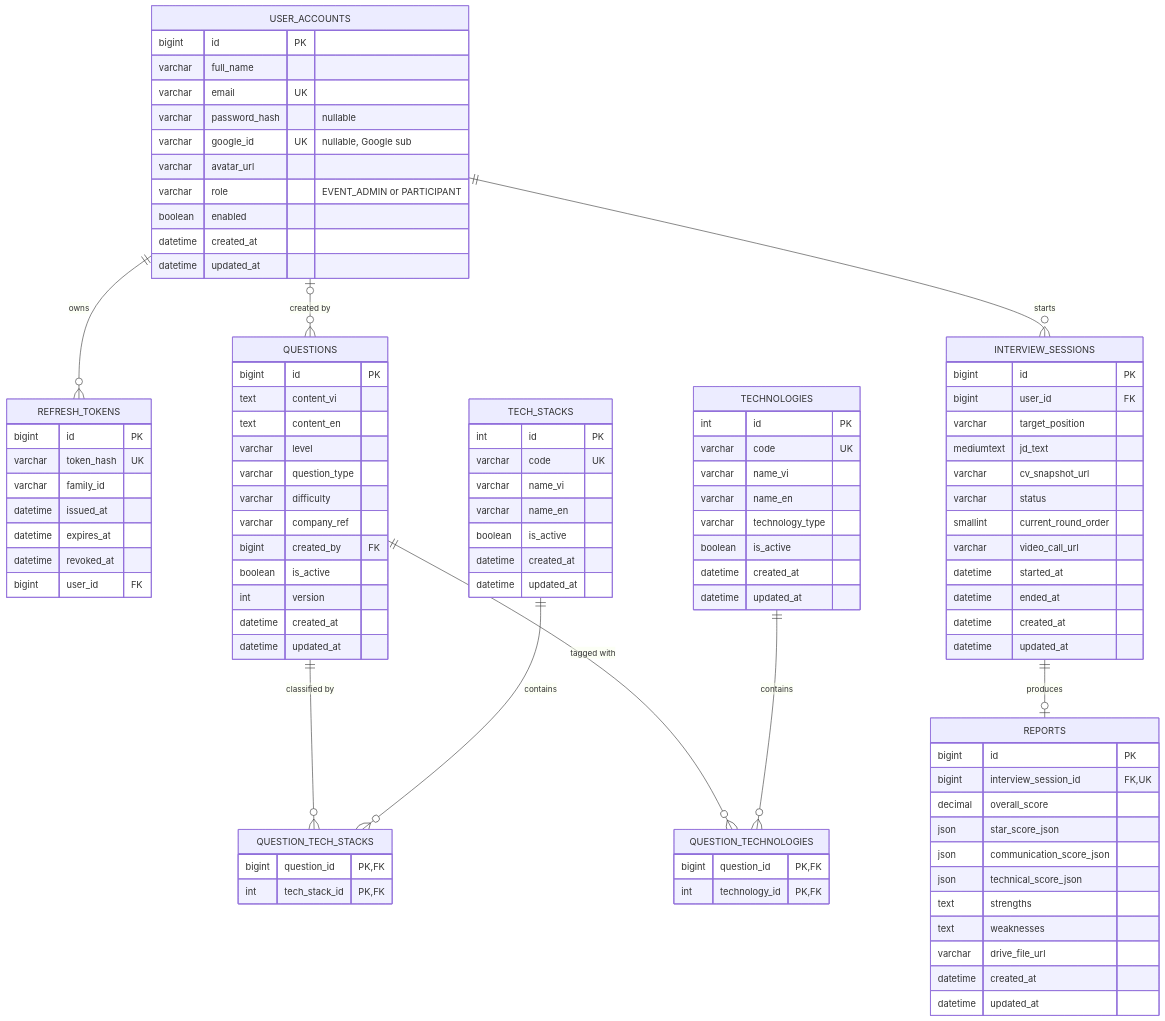
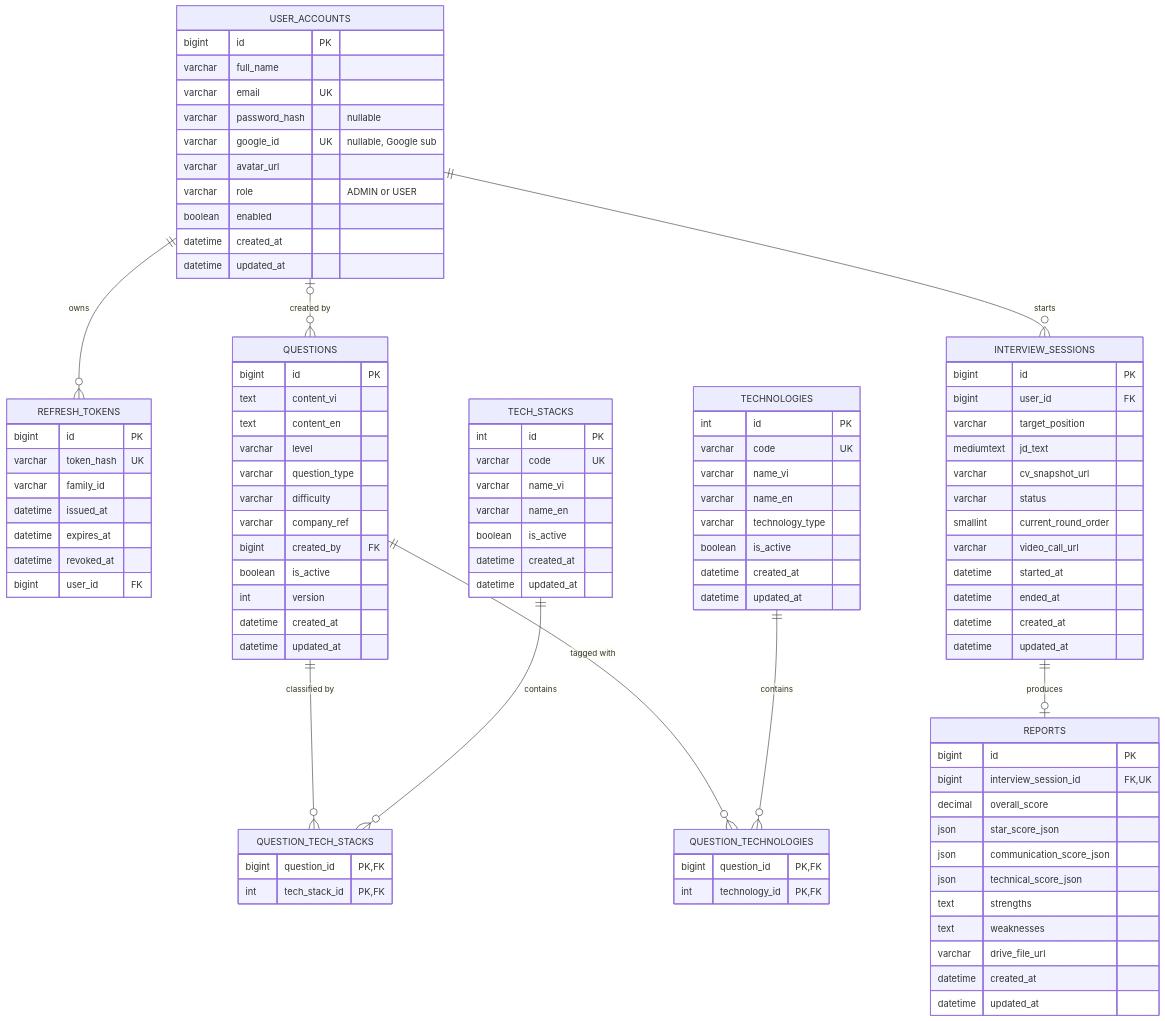
One commit to FresherTeam4/interview_backend changed the first of 2 diagrams in docs/database/erd.md. Above: the diagram before and after it, drawn with Mermaid. The commit also changed 7 other files, not shown here.

Commit message:
rename user role in db

```diff
--- a/docs/database/erd.md
+++ b/docs/database/erd.md
@@ -22,7 +22,7 @@
         varchar password_hash "nullable"
         varchar google_id UK "nullable, Google sub"
         varchar avatar_url
-        varchar role "EVENT_ADMIN or PARTICIPANT"
+        varchar role "ADMIN or USER"
         boolean enabled
         datetime created_at
         datetime updated_at
```
